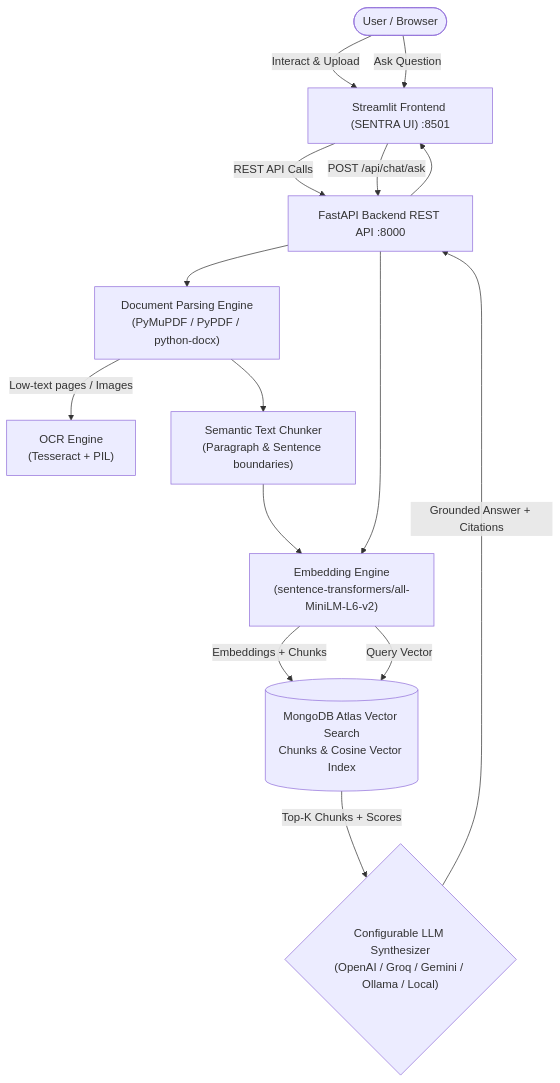
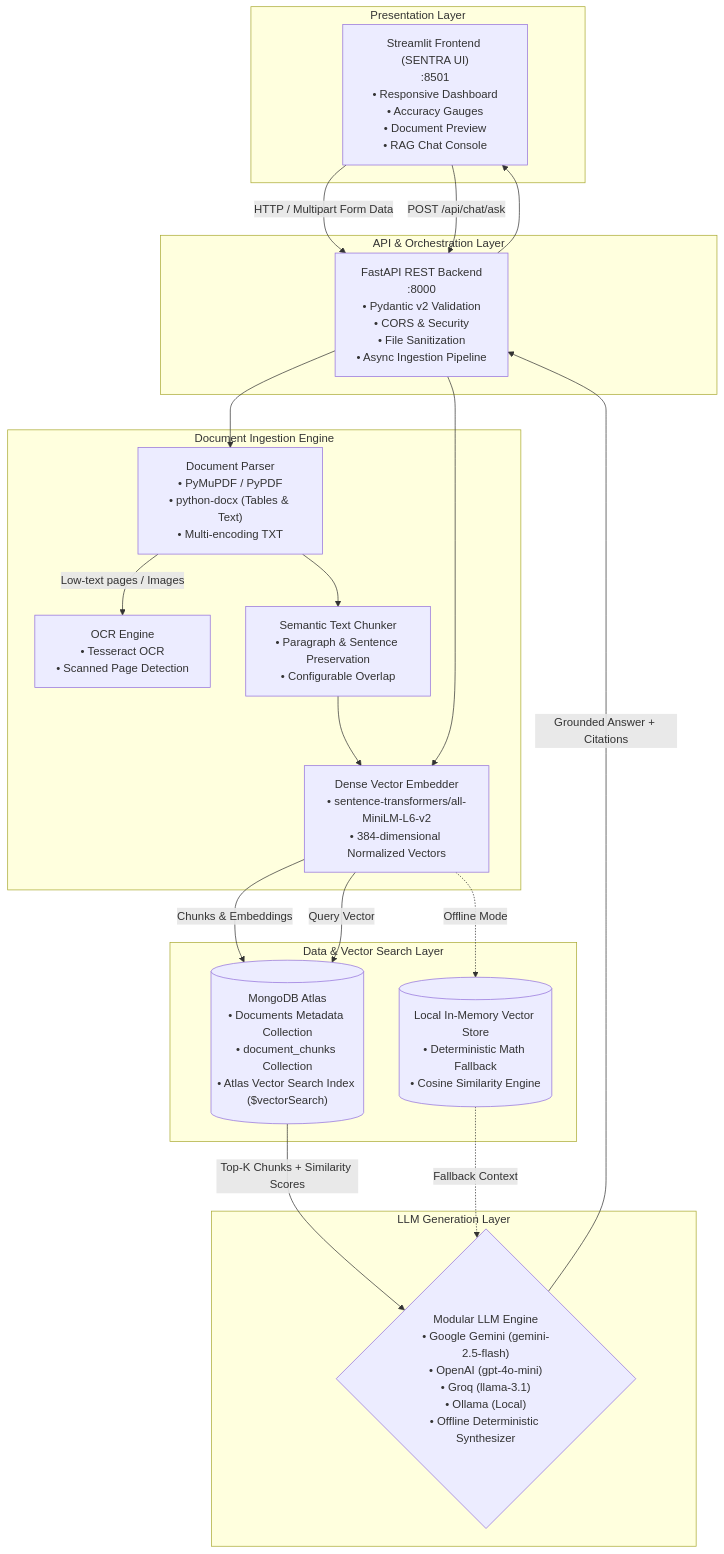
One commit to Saikarthik19/AI_DOCUMENT_INTILLIGENCE_SENRA changed the diagram in README.md. Above: the diagram before and after it, drawn with Mermaid. The commit also changed other lines of this file, not shown here.

Commit message:
docs: comprehensive architecture, pipeline, and deployment documentation in README

````diff
--- a/README.md
+++ b/README.md
@@ -9,28 +18,42 @@
 ```mermaid
 flowchart TD
-    User([User / Browser])
-    Streamlit["Streamlit Frontend (SENTRA UI) :8501"]
-    FastAPI["FastAPI Backend REST API :8000"]
-    DocParser["Document Parsing Engine\n(PyMuPDF / PyPDF / python-docx)"]
-    OCR["OCR Engine\n(Tesseract + PIL)"]
-    Chunker["Semantic Text Chunker\n(Paragraph & Sentence boundaries)"]
-    Embedder["Embedding Engine\n(sentence-transformers/all-MiniLM-L6-v2)"]
-    MongoAtlas[("MongoDB Atlas Vector Search\nChunks & Cosine Vector Index")]
-    LLMEngine{"Configurable LLM Synthesizer\n(OpenAI / Groq / Gemini / Ollama / Local)"}
+    subgraph Client["Presentation Layer"]
+        UI["Streamlit Frontend (SENTRA UI)\n:8501\n• Responsive Dashboard\n• Accuracy Gauges\n• Document Preview\n• RAG Chat Console"]
+    end
 
-    User -->|Interact & Upload| Streamlit
-    Streamlit -->|REST API Calls| FastAPI
-    FastAPI --> DocParser
-    DocParser -->|Low-text pages / Images| OCR
-    DocParser --> Chunker
+    subgraph Gateway["API & Orchestration Layer"]
+        API["FastAPI REST Backend\n:8000\n• Pydantic v2 Validation\n• CORS & Security\n• File Sanitization\n• Async Ingestion Pipeline"]
+    end
+
+    subgraph Pipeline["Document Ingestion Engine"]
+        Parser["Document Parser\n• PyMuPDF / PyPDF\n• python-docx (Tables & Text)\n• Multi-encoding TXT"]
+        OCR["OCR Engine\n• Tesseract OCR\n• Scanned Page Detection"]
+        Chunker["Semantic Text Chunker\n• Paragraph & Sentence Preservation\n• Configurable Overlap"]
+        Embedder["Dense Vector Embedder\n• sentence-transformers/all-MiniLM-L6-v2\n• 384-dimensional Normalized Vectors"]
+    end
+
+    subgraph Storage["Data & Vector Search Layer"]
+        Atlas[("MongoDB Atlas\n• Documents Metadata Collection\n• document_chunks Collection\n• Atlas Vector Search Index ($vectorSearch)")]
+        LocalStore[("Local In-Memory Vector Store\n• Deterministic Math Fallback\n• Cosine Similarity Engine")]
+    end
+
+    subgraph Inference["LLM Generation Layer"]
+        LLM{"Modular LLM Engine\n• Google Gemini (gemini-2.5-flash)\n• OpenAI (gpt-4o-mini)\n• Groq (llama-3.1)\n• Ollama (Local)\n• Offline Deterministic Synthesizer"}
+    end
+
+    UI -->|HTTP / Multipart Form Data| API
+    API --> Parser
+    Parser -->|Low-text pages / Images| OCR
+    Parser --> Chunker
     Chunker --> Embedder
-    Embedder -->|Embeddings + Chunks| MongoAtlas
-    
-    User -->|Ask Question| Streamlit
-    Streamlit -->|POST /api/chat/ask| FastAPI
-    FastAPI --> Embedder
-    Embedder -->|Query Vector| MongoAtlas
-    MongoAtlas -->|Top-K Chunks + Scores| LLMEngine
-    LLMEngine -->|Grounded Answer + Citations| FastAPI
-    FastAPI --> Streamlit
+    Embedder -->|Chunks & Embeddings| Atlas
+    Embedder -.->|Offline Mode| LocalStore
+
+    UI -->|POST /api/chat/ask| API
+    API --> Embedder
+    Embedder -->|Query Vector| Atlas
+    Atlas -->|Top-K Chunks + Similarity Scores| LLM
+    LocalStore -.->|Fallback Context| LLM
+    LLM -->|Grounded Answer + Citations| API
+    API --> UI
 ```
````
